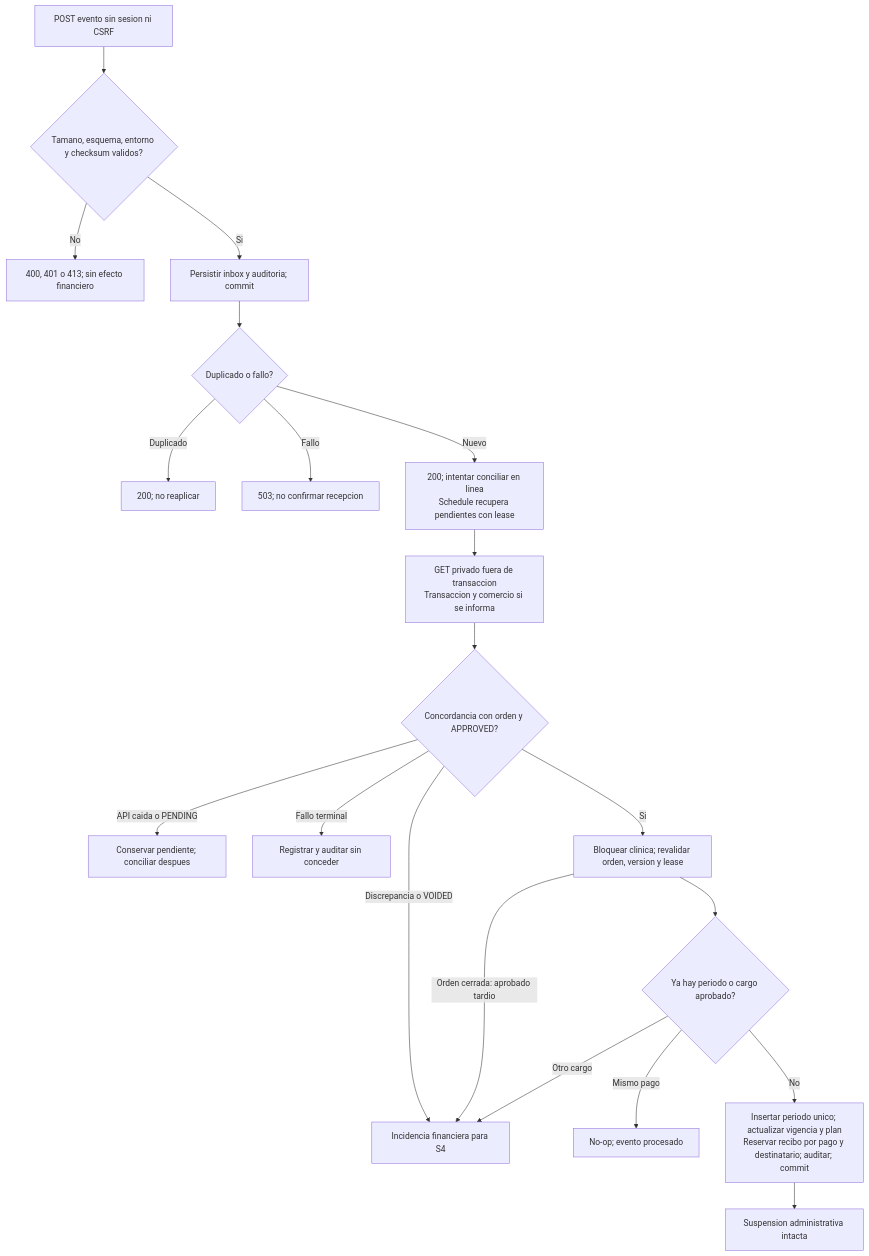
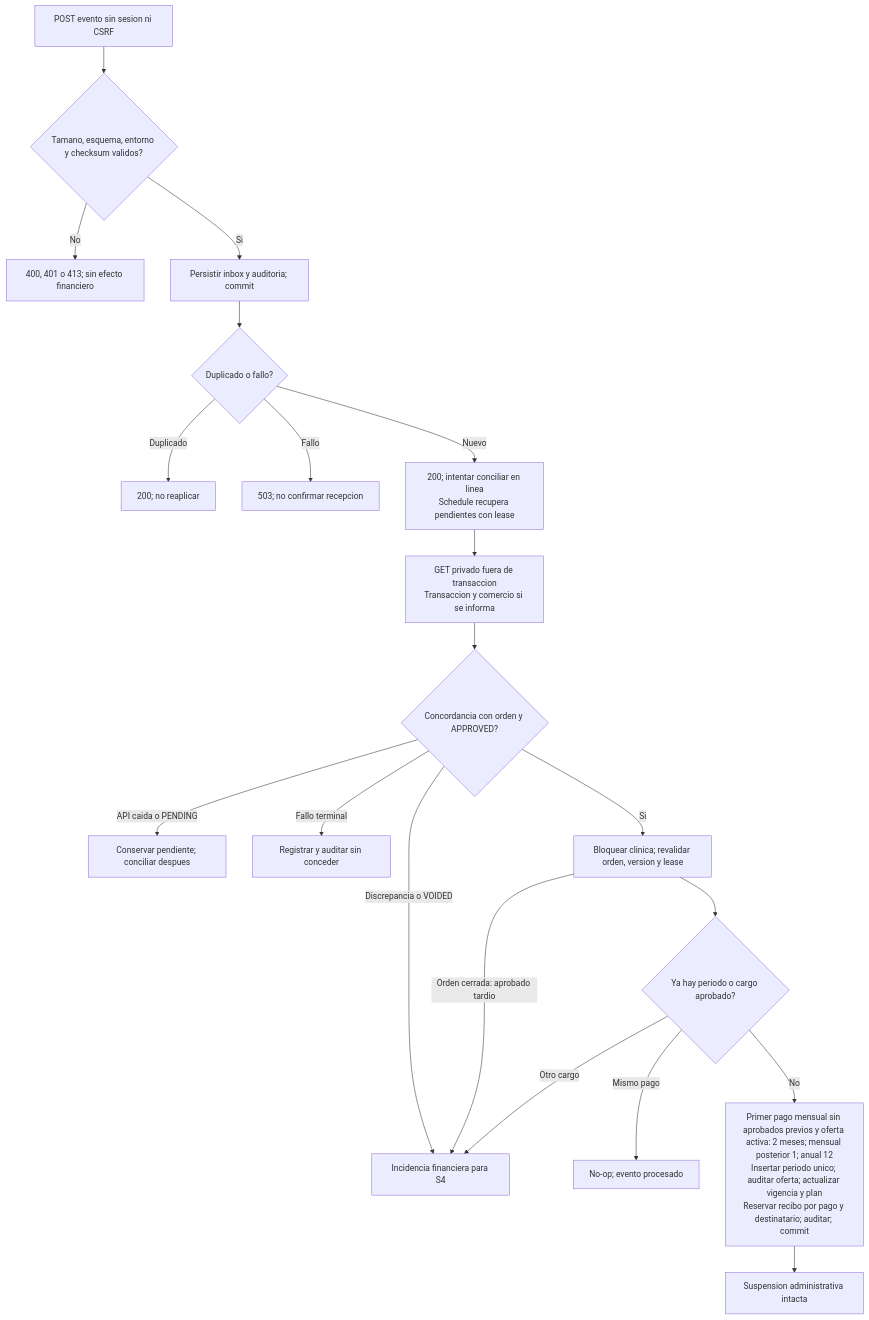
Diagram 34 of 40 in documentacion/Modelos.md (carvajal7lsch-commits/Zooki), drawn with Mermaid before and after one commit. The commit also changed other lines of this file and 79 other files, not shown here.

````diff
--- a/documentacion/Modelos.md
+++ b/documentacion/Modelos.md
@@ -1524,22 +1529,22 @@
 ```mermaid
 flowchart TD
   A["POST evento sin sesion ni CSRF"] --> B{"Tamano, esquema, entorno y checksum validos?"}
   B -- No --> N["400, 401 o 413; sin efecto financiero"]
   B -- Si --> C["Persistir inbox y auditoria; commit"]
   C --> D{"Duplicado o fallo?"}
   D -- Duplicado --> OK["200; no reaplicar"]
   D -- Fallo --> ERR["503; no confirmar recepcion"]
   D -- Nuevo --> ACK["200; intentar conciliar en linea\nSchedule recupera pendientes con lease"]
   ACK --> API["GET privado fuera de transaccion\nTransaccion y comercio si se informa"]
   API --> V{"Concordancia con orden y APPROVED?"}
   V -- "API caida o PENDING" --> RET["Conservar pendiente; conciliar despues"]
   V -- "Fallo terminal" --> EST["Registrar y auditar sin conceder"]
   V -- "Discrepancia o VOIDED" --> REV["Incidencia financiera para S4"]
   V -- Si --> LOCK["Bloquear clinica; revalidar orden, version y lease"]
   LOCK --> P{"Ya hay periodo o cargo aprobado?"}
   LOCK -- "Orden cerrada: aprobado tardio" --> REV
   P -- "Mismo pago" --> DUP["No-op; evento procesado"]
   P -- "Otro cargo" --> REV
-  P -- No --> TX["Insertar periodo unico; actualizar vigencia y plan\nReservar recibo por pago y destinatario; auditar; commit"]
+  P -- No --> TX["Primer pago mensual sin aprobados previos y oferta activa: 2 meses; mensual posterior 1; anual 12\nInsertar periodo unico; auditar oferta; actualizar vigencia y plan\nReservar recibo por pago y destinatario; auditar; commit"]
   TX --> FIN["Suspension administrativa intacta"]
 ```
````
